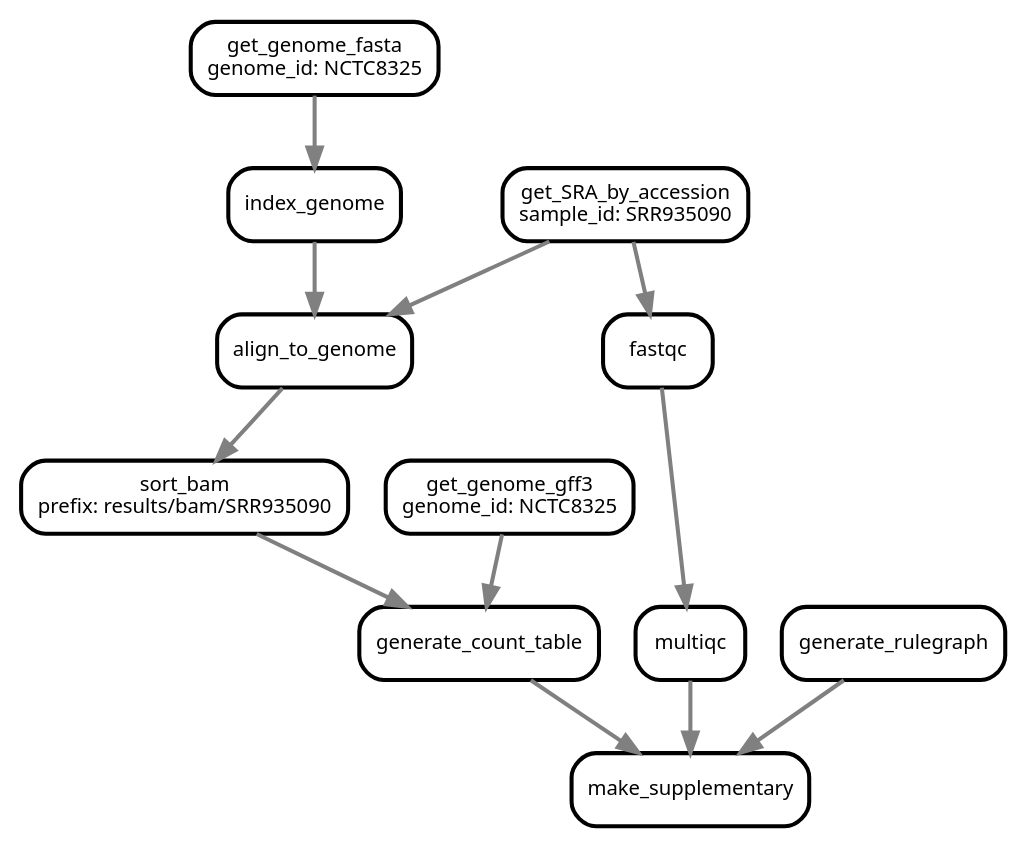
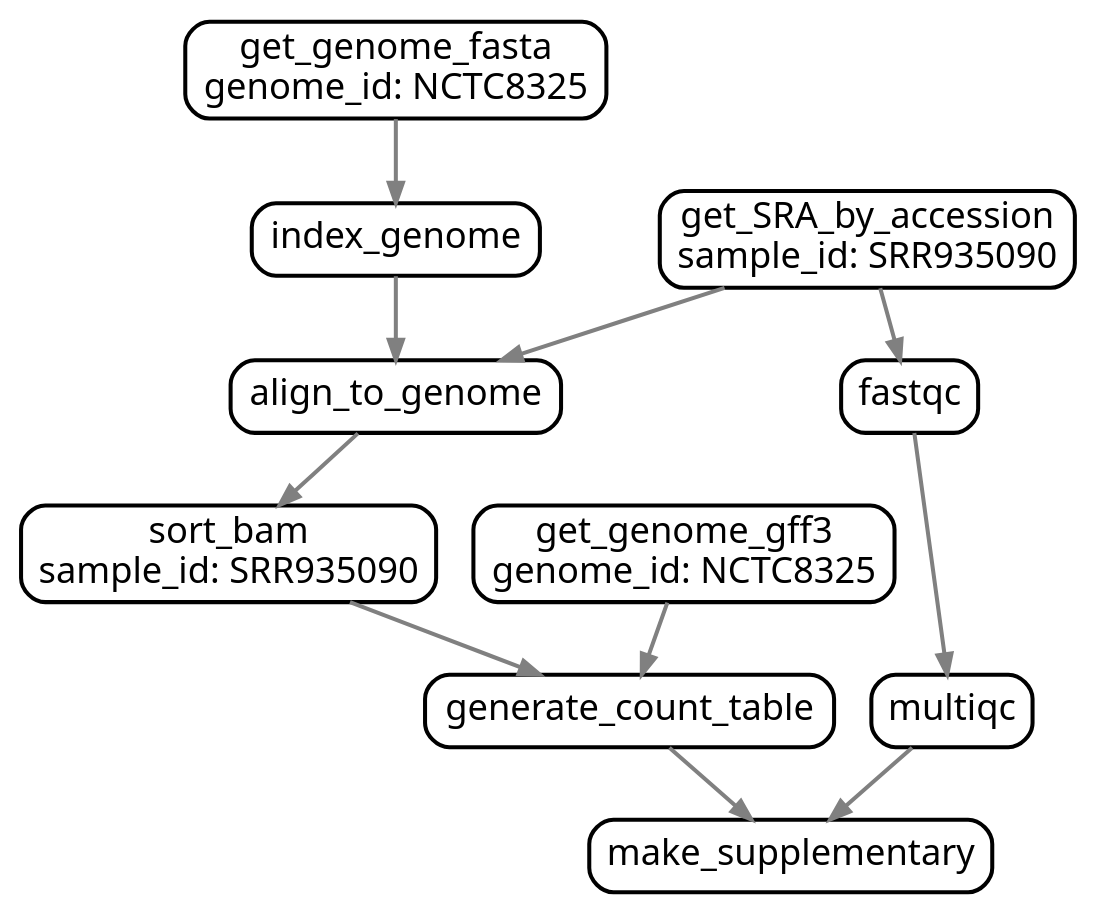
One commit to NBISweden/workshop-reproducible-research changed the eighth of 11 diagrams in lectures/snakemake/snakemake.qmd. Above: the diagram before and after it, drawn with Graphviz. The commit also changed other lines of this file, not shown here.

````diff
--- a/lectures/snakemake/snakemake.qmd
+++ b/lectures/snakemake/snakemake.qmd
@@ -531,29 +569,27 @@
 ```{dot}
 digraph snakemake_dag {
     graph[bgcolor=white, margin=1];
-    node[shape=box, style=rounded, fontname=sans,                 fontsize=10, penwidth=2];
+    node[shape=box, style=rounded, fontname=sans,                 fontsize=18, penwidth=2];
     edge[penwidth=2, color=grey];
         0[label = "make_supplementary", color = "black", style="rounded"];
         1[label = "generate_count_table", color = "black", style="rounded"];
-        2[label = "sort_bam\nprefix: results/bam/SRR935090", color = "black", style="rounded"];
+        2[label = "sort_bam\nsample_id: SRR935090", color = "black", style="rounded"];
         3[label = "align_to_genome", color = "black", style="rounded"];
         4[label = "get_SRA_by_accession\nsample_id: SRR935090", color = "black", style="rounded"];
         5[label = "index_genome", color = "black", style="rounded"];
         6[label = "get_genome_fasta\ngenome_id: NCTC8325", color = "black", style="rounded"];
         7[label = "get_genome_gff3\ngenome_id: NCTC8325", color = "black", style="rounded"];
         8[label = "multiqc", color = "black", style="rounded"];
         9[label = "fastqc", color = "black", style="rounded"];
-        10[label = "generate_rulegraph", color = "black", style="rounded"];
         1 -> 0
         8 -> 0
-        10 -> 0
         2 -> 1
         7 -> 1
         3 -> 2
         4 -> 3
         5 -> 3
         6 -> 5
         9 -> 8
         4 -> 9
 }
 ```
````
